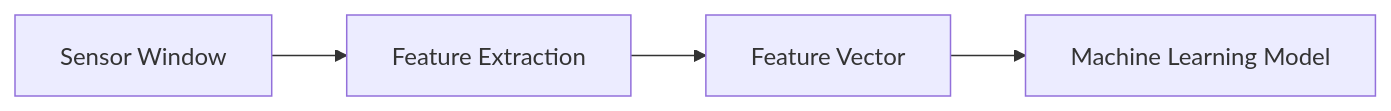
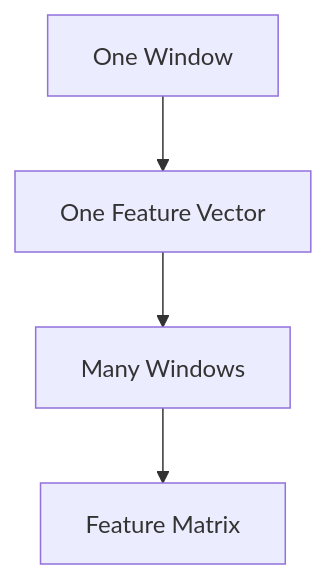
The fourth of 4 diagrams in docs/modules/05_feature_engineering.qmd (konakion/de4w-engineering-workbook), drawn with Mermaid before and after one commit. The commit also changed other lines of this file and 39 other files, not shown here.

````diff
--- a/docs/modules/05_feature_engineering.qmd
+++ b/docs/modules/05_feature_engineering.qmd
@@ -70,10 +275,7 @@
 ```{mermaid}
-flowchart LR
-
-A[Sensor Window]
--->B[Feature Extraction]
-
-B-->C[Feature Vector]
-
-C-->D[Machine Learning Model]
+flowchart TD
+  A[One Window]
+  --> B[One Feature Vector]
+  --> C[Many Windows]
+  --> D[Feature Matrix]
 ```
````
